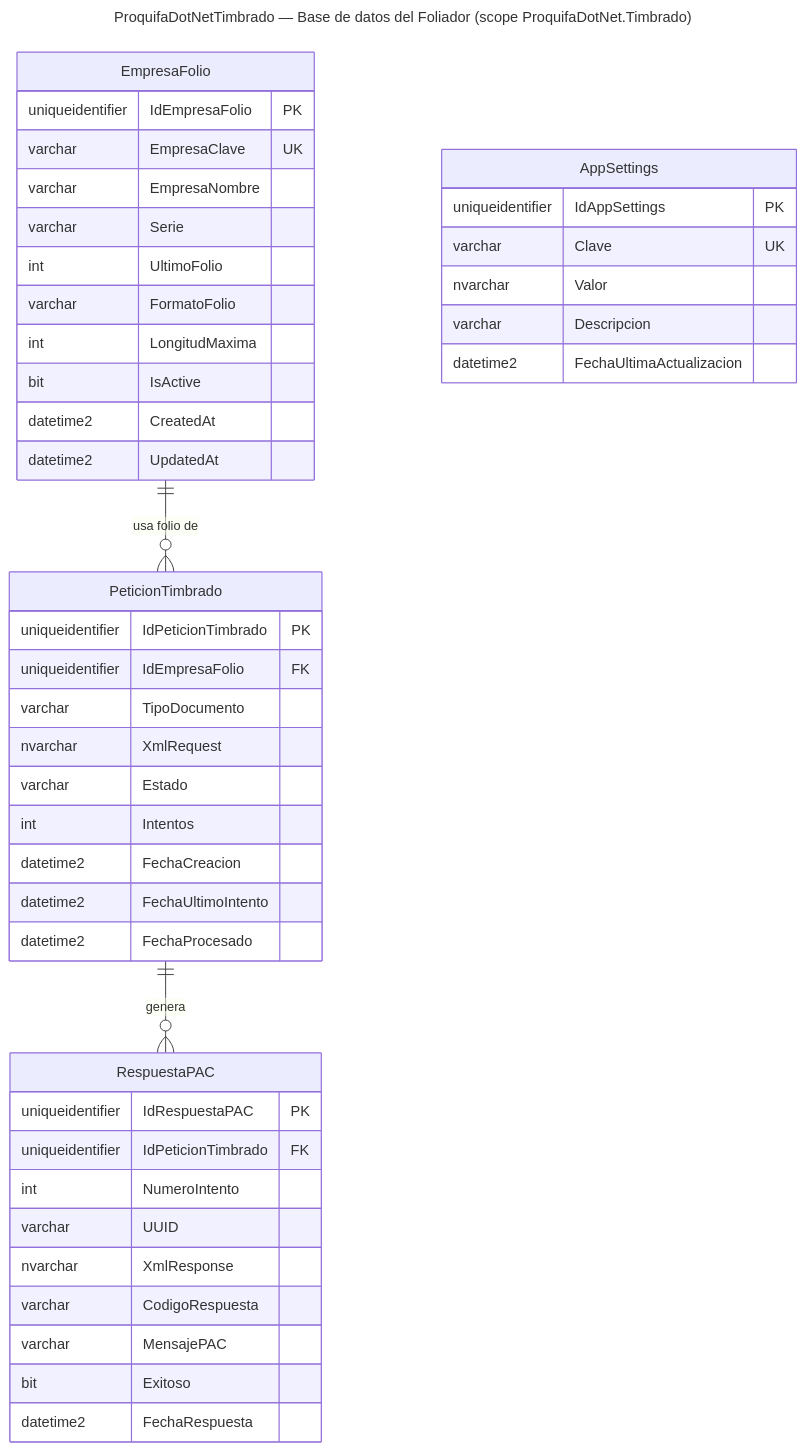
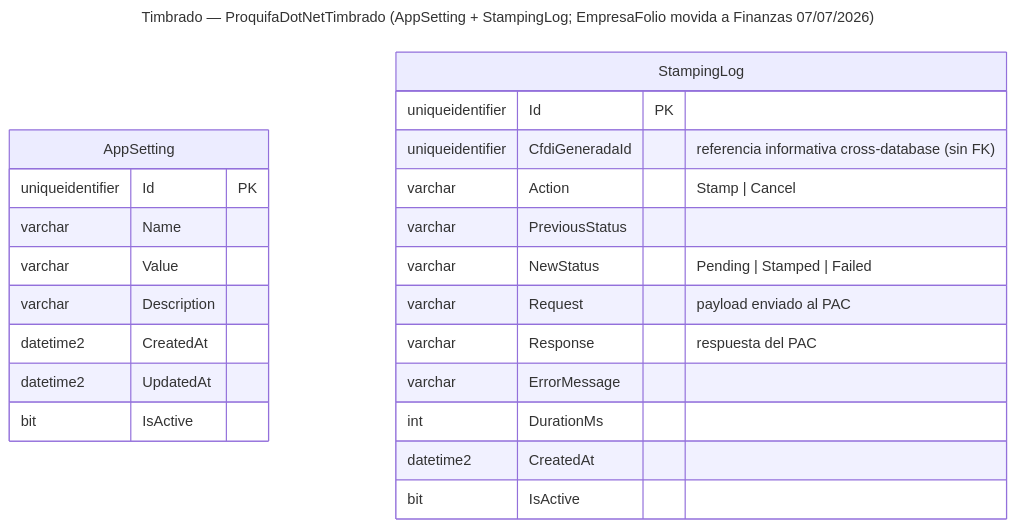
One commit to JuanGarciaRyndem/R16-Documentacion changed the diagram in Database/ER-Timbrado.mermaid. Above: the diagram before and after it, drawn with Mermaid. The commit also changed 32 other files, not shown here.

```diff
--- a/Database/ER-Timbrado.mermaid
+++ b/Database/ER-Timbrado.mermaid
@@ -1,52 +1,26 @@
 ---
-title: ProquifaDotNetTimbrado — Base de datos del Foliador (scope ProquifaDotNet.Timbrado)
+title: Timbrado — ProquifaDotNetTimbrado (AppSetting + StampingLog; EmpresaFolio movida a Finanzas 07/07/2026)
 ---
 erDiagram
-
-    EmpresaFolio {
-        uniqueidentifier IdEmpresaFolio PK
-        varchar EmpresaClave UK
-        varchar EmpresaNombre
-        varchar Serie
-        int UltimoFolio
-        varchar FormatoFolio
-        int LongitudMaxima
-        bit IsActive
+    AppSetting {
+        uniqueidentifier Id PK
+        varchar Name
+        varchar Value
+        varchar Description
         datetime2 CreatedAt
         datetime2 UpdatedAt
+        bit IsActive
     }
-
-    AppSettings {
-        uniqueidentifier IdAppSettings PK
-        varchar Clave UK
-        nvarchar Valor
-        varchar Descripcion
-        datetime2 FechaUltimaActualizacion
+    StampingLog {
+        uniqueidentifier Id PK
+        uniqueidentifier CfdiGeneradaId "referencia informativa cross-database (sin FK)"
+        varchar Action "Stamp | Cancel"
+        varchar PreviousStatus
+        varchar NewStatus "Pending | Stamped | Failed"
+        varchar Request "payload enviado al PAC"
+        varchar Response "respuesta del PAC"
+        varchar ErrorMessage
+        int DurationMs
+        datetime2 CreatedAt
+        bit IsActive
     }
-
-    PeticionTimbrado {
-        uniqueidentifier IdPeticionTimbrado PK
-        uniqueidentifier IdEmpresaFolio FK
-        varchar TipoDocumento
-        nvarchar XmlRequest
-        varchar Estado
-        int Intentos
-        datetime2 FechaCreacion
-        datetime2 FechaUltimoIntento
-        datetime2 FechaProcesado
-    }
-
-    RespuestaPAC {
-        uniqueidentifier IdRespuestaPAC PK
-        uniqueidentifier IdPeticionTimbrado FK
-        int NumeroIntento
-        varchar UUID
-        nvarchar XmlResponse
-        varchar CodigoRespuesta
-        varchar MensajePAC
-        bit Exitoso
-        datetime2 FechaRespuesta
-    }
-
-    EmpresaFolio ||--o{ PeticionTimbrado : "usa folio de"
-    PeticionTimbrado ||--o{ RespuestaPAC : "genera"
```
